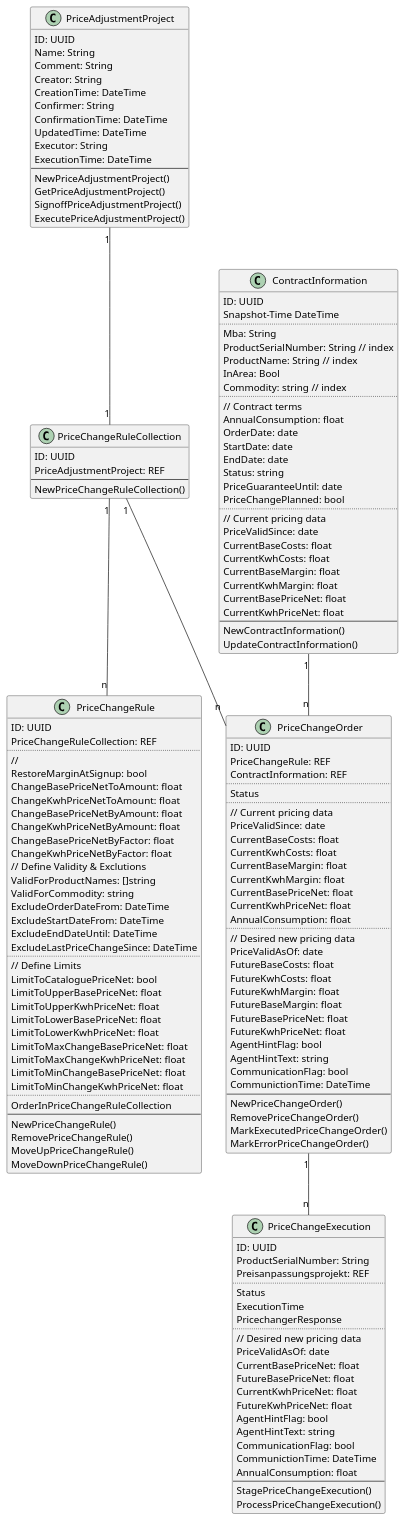
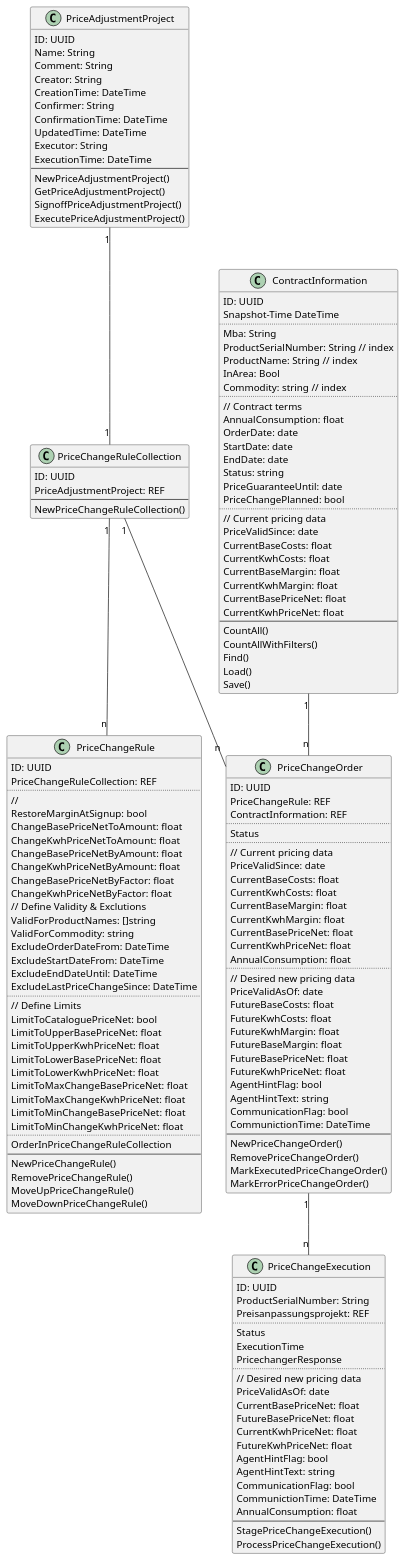
Before and after one commit to matthiasmohr/mm-vertragspreisanpasser-service: the diagram in attachments/datamodel.puml, drawn with PlantUML.

Commit message:
datamodel update

```diff
--- a/attachments/datamodel.puml
+++ b/attachments/datamodel.puml
@@ -1,164 +1,167 @@
 @startuml
 class PriceAdjustmentProject {
   ID: UUID
   Name: String
   Comment: String
   Creator: String
   CreationTime: DateTime
   Confirmer: String
   ConfirmationTime: DateTime
   UpdatedTime: DateTime
   Executor: String
   ExecutionTime: DateTime
   --
   NewPriceAdjustmentProject()
   GetPriceAdjustmentProject()
   SignoffPriceAdjustmentProject()
   ExecutePriceAdjustmentProject()
 }
 
 class PriceChangeRuleCollection {
     ID: UUID
     PriceAdjustmentProject: REF
     --
     NewPriceChangeRuleCollection()
 }
 
 class PriceChangeRule {
     ID: UUID
     PriceChangeRuleCollection: REF
     ..
     //
     RestoreMarginAtSignup: bool
     ChangeBasePriceNetToAmount: float
     ChangeKwhPriceNetToAmount: float
     ChangeBasePriceNetByAmount: float
     ChangeKwhPriceNetByAmount: float
     ChangeBasePriceNetByFactor: float
     ChangeKwhPriceNetByFactor: float
     // Define Validity & Exclutions
 	ValidForProductNames: []string
 	ValidForCommodity: string
 	ExcludeOrderDateFrom: DateTime
 	ExcludeStartDateFrom: DateTime
 	ExcludeEndDateUntil: DateTime
 	ExcludeLastPriceChangeSince: DateTime
 	..
 	// Define Limits
 	LimitToCataloguePriceNet: bool
 	LimitToUpperBasePriceNet: float
 	LimitToUpperKwhPriceNet: float
 	LimitToLowerBasePriceNet: float
 	LimitToLowerKwhPriceNet: float
 	LimitToMaxChangeBasePriceNet: float
 	LimitToMaxChangeKwhPriceNet: float
 	LimitToMinChangeBasePriceNet: float
     LimitToMinChangeKwhPriceNet: float
     ..
     OrderInPriceChangeRuleCollection
     --
     NewPriceChangeRule()
     RemovePriceChangeRule()
     MoveUpPriceChangeRule()
     MoveDownPriceChangeRule()
 }
 
 class ContractInformation {
     ID: UUID
     Snapshot-Time DateTime
     ..
     Mba: String
     ProductSerialNumber: String // index
     ProductName: String // index
     InArea: Bool
     Commodity: string // index
     ..
     // Contract terms
     AnnualConsumption: float
     OrderDate: date
     StartDate: date
     EndDate: date
     Status: string
     PriceGuaranteeUntil: date
     PriceChangePlanned: bool
     ..
     // Current pricing data
     PriceValidSince: date
     CurrentBaseCosts: float
     CurrentKwhCosts: float
     CurrentBaseMargin: float
     CurrentKwhMargin: float
     CurrentBasePriceNet: float
     CurrentKwhPriceNet: float
     --
-    NewContractInformation()
-    UpdateContractInformation()
+    CountAll()
+    CountAllWithFilters()
+    Find()
+    Load()
+    Save()
 }
 
 class PriceChangeOrder {
     ID: UUID
     PriceChangeRule: REF
     ContractInformation: REF
     ..
     Status
     ..
     // Current pricing data
     PriceValidSince: date
     CurrentBaseCosts: float
     CurrentKwhCosts: float
     CurrentBaseMargin: float
     CurrentKwhMargin: float
     CurrentBasePriceNet: float
     CurrentKwhPriceNet: float
     AnnualConsumption: float
     ..
     // Desired new pricing data
     PriceValidAsOf: date
     FutureBaseCosts: float
     FutureKwhCosts: float
     FutureKwhMargin: float
     FutureBaseMargin: float
     FutureBasePriceNet: float
     FutureKwhPriceNet: float
     AgentHintFlag: bool
     AgentHintText: string
     CommunicationFlag: bool
     CommunictionTime: DateTime
     --
     NewPriceChangeOrder()
     RemovePriceChangeOrder()
     MarkExecutedPriceChangeOrder()
     MarkErrorPriceChangeOrder()
 }
 
 class PriceChangeExecution {
     ID: UUID
     ProductSerialNumber: String
     Preisanpassungsprojekt: REF
     ..
     Status
     ExecutionTime
     PricechangerResponse
     ..
     // Desired new pricing data
     PriceValidAsOf: date
     CurrentBasePriceNet: float
     FutureBasePriceNet: float
     CurrentKwhPriceNet: float
     FutureKwhPriceNet: float
     AgentHintFlag: bool
     AgentHintText: string
     CommunicationFlag: bool
     CommunictionTime: DateTime
     AnnualConsumption: float
     --
     StagePriceChangeExecution()
     ProcessPriceChangeExecution()
 }
 
 PriceAdjustmentProject "1" -- "1" PriceChangeRuleCollection
 PriceChangeRuleCollection "1" -- "n" PriceChangeRule
 PriceChangeRuleCollection "1" -- "n" PriceChangeOrder
 ContractInformation "1" -- "n" PriceChangeOrder
 PriceChangeOrder "1" -- "n" PriceChangeExecution
 @enduml
```
